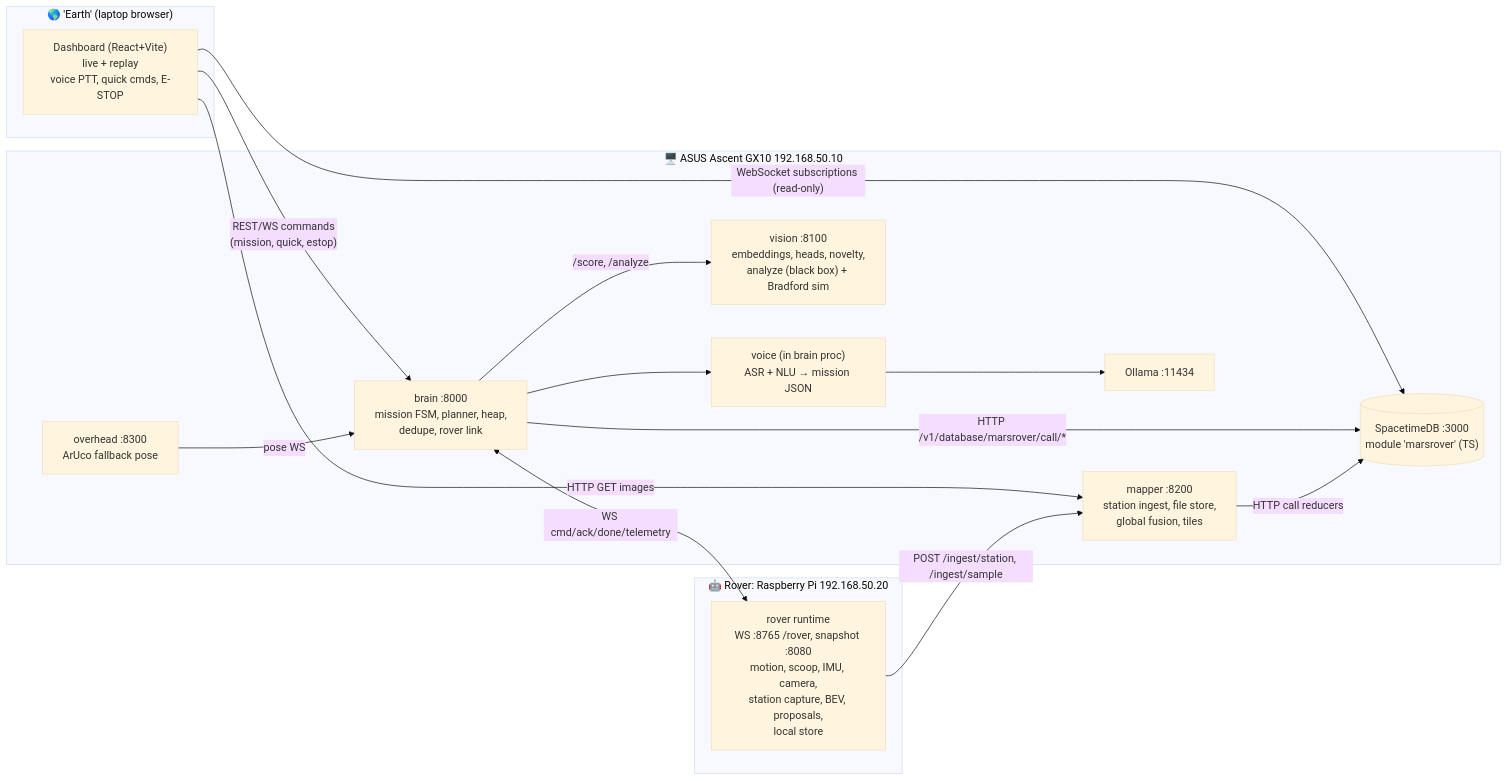
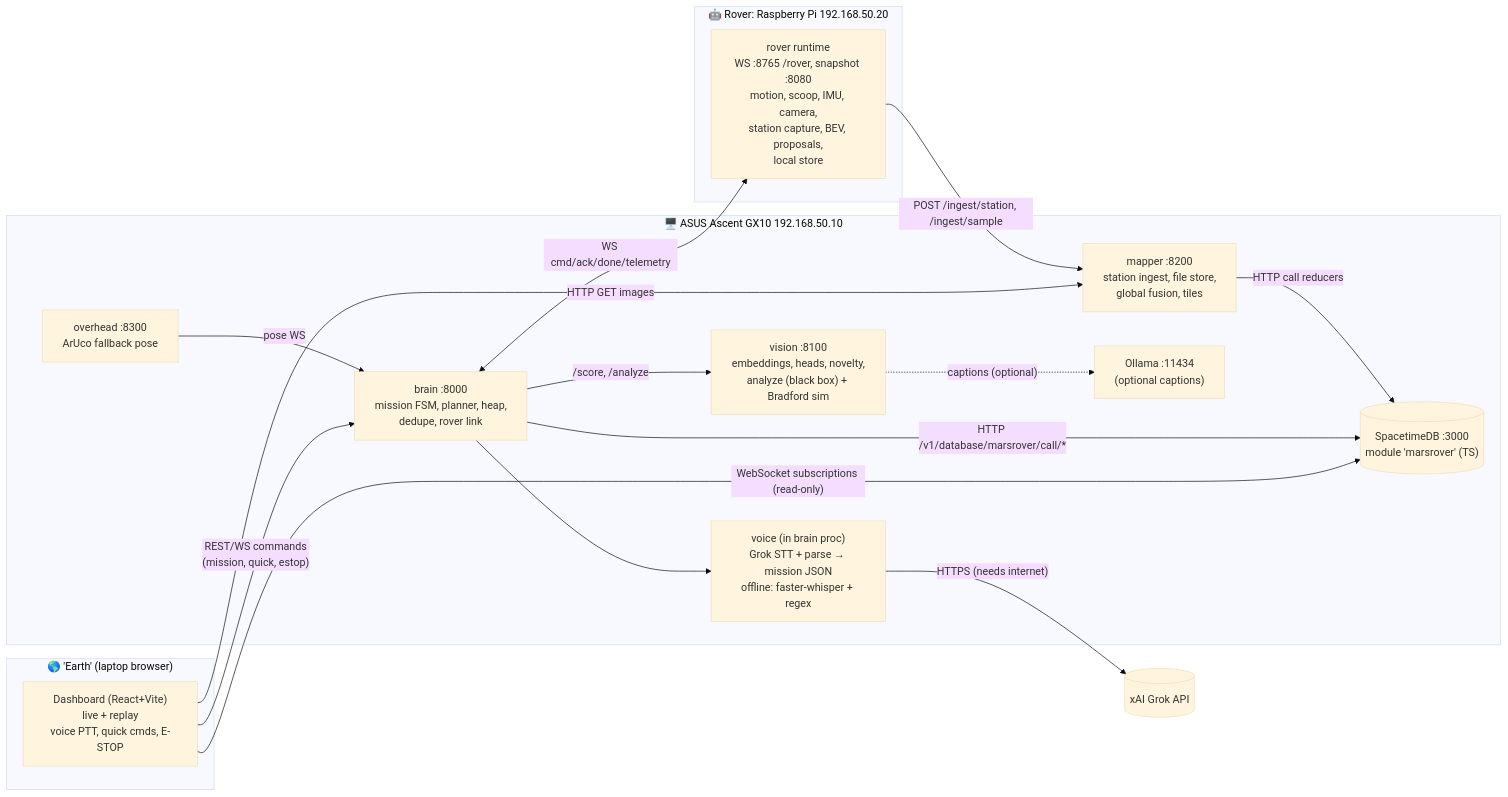
Before and after one commit to rohanb123/autonomous-rover: the diagram in README.md, drawn with Mermaid (base theme). The commit also changed other lines of this file and 10 other files, not shown here.

First line of the commit message:
Voice via Grok (xAI) with lean offline backup (CONTRACT 1.2.0)

````diff
--- a/README.md
+++ b/README.md
@@ -44,28 +44,29 @@
 ```mermaid
 flowchart LR
   subgraph Earth["🌎 'Earth' (laptop browser)"]
     DASH["Dashboard (React+Vite)<br/>live + replay<br/>voice PTT, quick cmds, E-STOP"]
   end
   subgraph GX10["🖥️ ASUS Ascent GX10 192.168.50.10"]
     BRAIN["brain :8000<br/>mission FSM, planner, heap,<br/>dedupe, rover link"]
-    VOICE["voice (in brain proc)<br/>ASR + NLU → mission JSON"]
+    VOICE["voice (in brain proc)<br/>Grok STT + parse → mission JSON<br/>offline: faster-whisper + regex"]
     VISION["vision :8100<br/>embeddings, heads, novelty,<br/>analyze (black box) + Bradford sim"]
     MAPPER["mapper :8200<br/>station ingest, file store,<br/>global fusion, tiles"]
     OVER["overhead :8300<br/>ArUco fallback pose"]
     STDB[("SpacetimeDB :3000<br/>module 'marsrover' (TS)")]
-    OLLAMA["Ollama :11434"]
+    OLLAMA["Ollama :11434<br/>(optional captions)"]
   end
   subgraph Rover["🤖 Rover: Raspberry Pi 192.168.50.20"]
     RT["rover runtime<br/>WS :8765 /rover, snapshot :8080<br/>motion, scoop, IMU, camera,<br/>station capture, BEV, proposals,<br/>local store"]
   end
   DASH -- "REST/WS commands<br/>(mission, quick, estop)" --> BRAIN
   DASH -- "WebSocket subscriptions (read-only)" --> STDB
   DASH -- "HTTP GET images" --> MAPPER
   BRAIN <-- "WS cmd/ack/done/telemetry" --> RT
   RT -- "POST /ingest/station, /ingest/sample" --> MAPPER
   BRAIN -- "/score, /analyze" --> VISION
-  BRAIN --> VOICE --> OLLAMA
+  BRAIN --> VOICE -- "HTTPS (needs internet)" --> GROK[("xAI Grok API")]
+  VISION -. "captions (optional)" .-> OLLAMA
   OVER -- "pose WS" --> BRAIN
   BRAIN -- "HTTP /v1/database/marsrover/call/*" --> STDB
   MAPPER -- "HTTP call reducers" --> STDB
 ```
````
